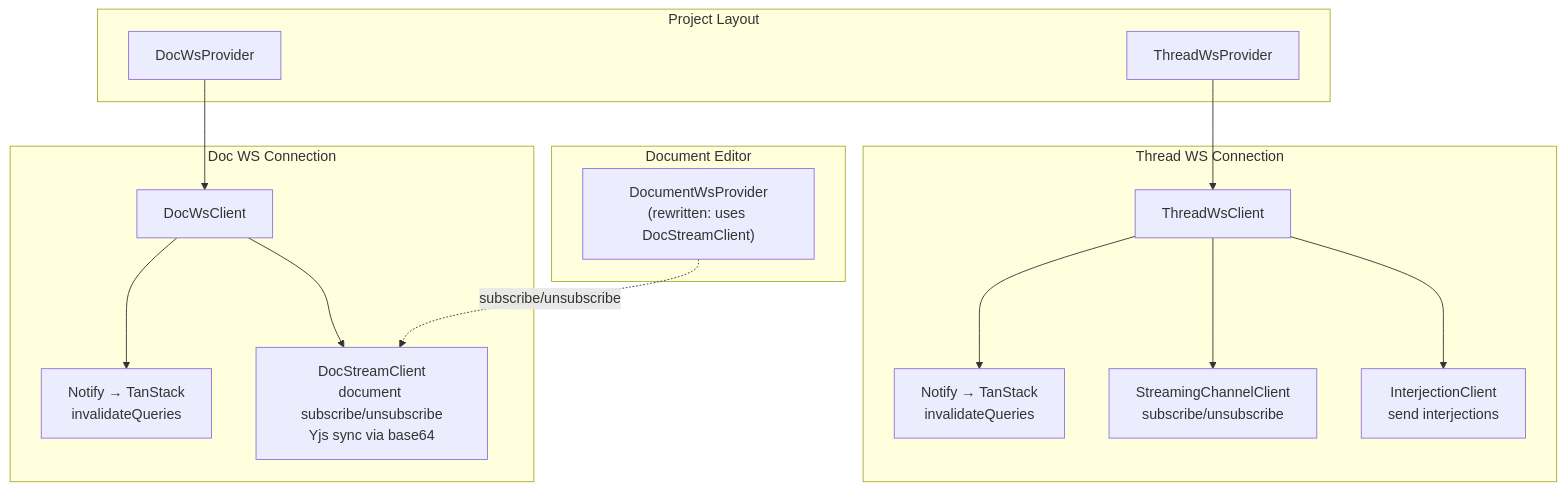
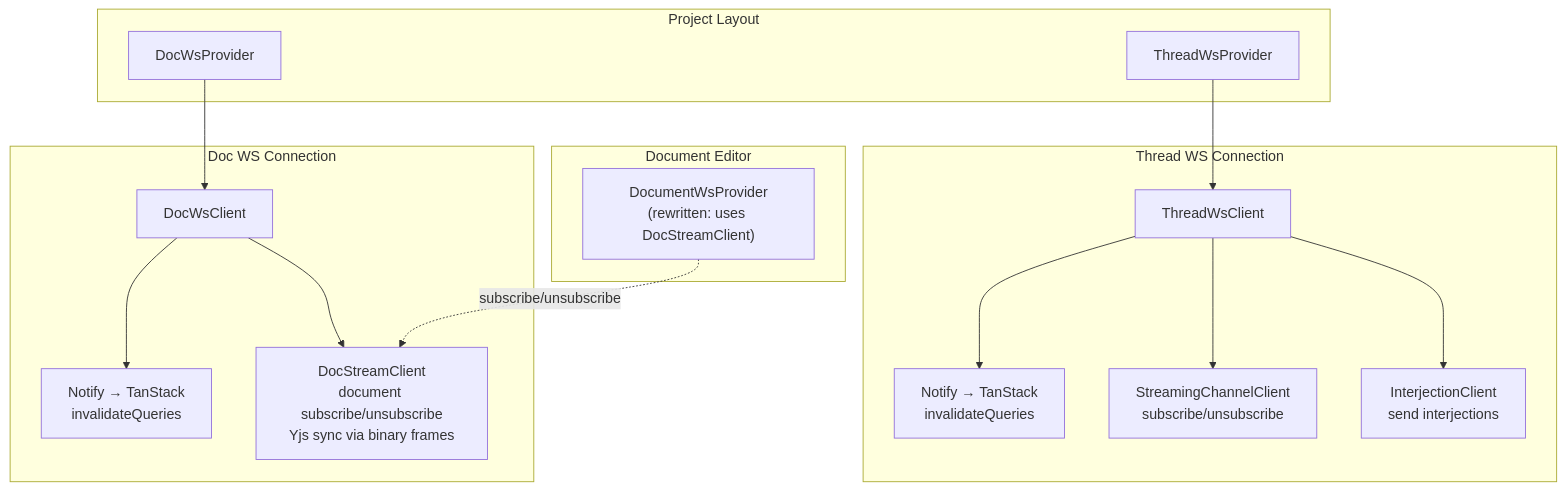
Before and after one commit to haowjy/meridian-flow: the diagram in .meridian/work/websocket-streaming-migration/design/frontend.md, drawn with Mermaid. The commit also changed other lines of this file and 32 other files, not shown here.

````diff
--- a/.meridian/work/websocket-streaming-migration/design/frontend.md
+++ b/.meridian/work/websocket-streaming-migration/design/frontend.md
@@ -9,29 +9,29 @@
 ```mermaid
 flowchart TD
   subgraph ProjectLayout["Project Layout"]
     TWP["ThreadWsProvider"]
     DWP["DocWsProvider"]
   end
 
   subgraph ThreadWS["Thread WS Connection"]
     TC["ThreadWsClient"]
     TC --> NI["Notify → TanStack<br/>invalidateQueries"]
     TC --> SC["StreamingChannelClient<br/>subscribe/unsubscribe"]
     TC --> IC["InterjectionClient<br/>send interjections"]
   end
 
   subgraph DocWS["Doc WS Connection"]
     DC["DocWsClient"]
     DC --> DNI["Notify → TanStack<br/>invalidateQueries"]
-    DC --> DSC["DocStreamClient<br/>document subscribe/unsubscribe<br/>Yjs sync via base64"]
+    DC --> DSC["DocStreamClient<br/>document subscribe/unsubscribe<br/>Yjs sync via binary frames"]
   end
 
   TWP --> TC
   DWP --> DC
 
   subgraph Editor["Document Editor"]
     DWP2["DocumentWsProvider<br/>(rewritten: uses DocStreamClient)"]
   end
 
   DWP2 -.->|"subscribe/unsubscribe"| DSC
 ```
````
